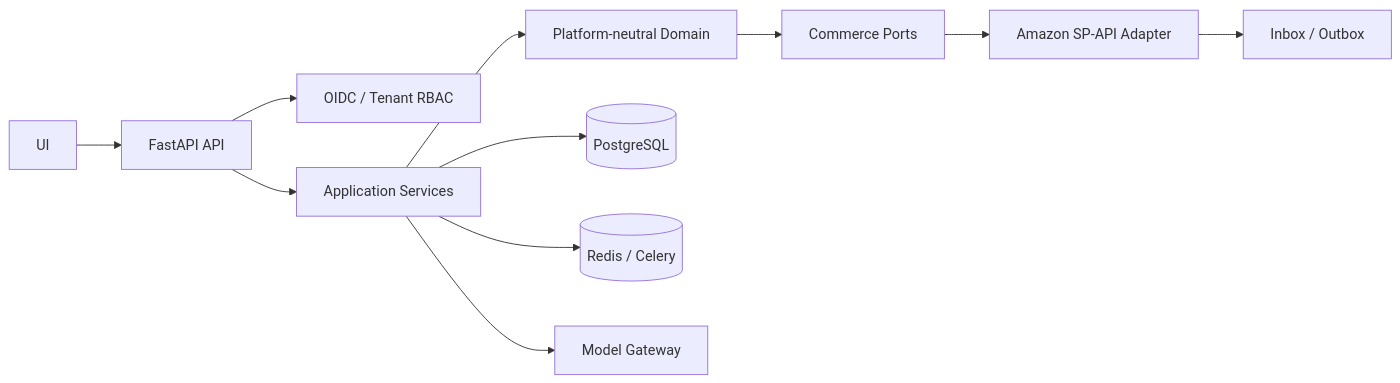
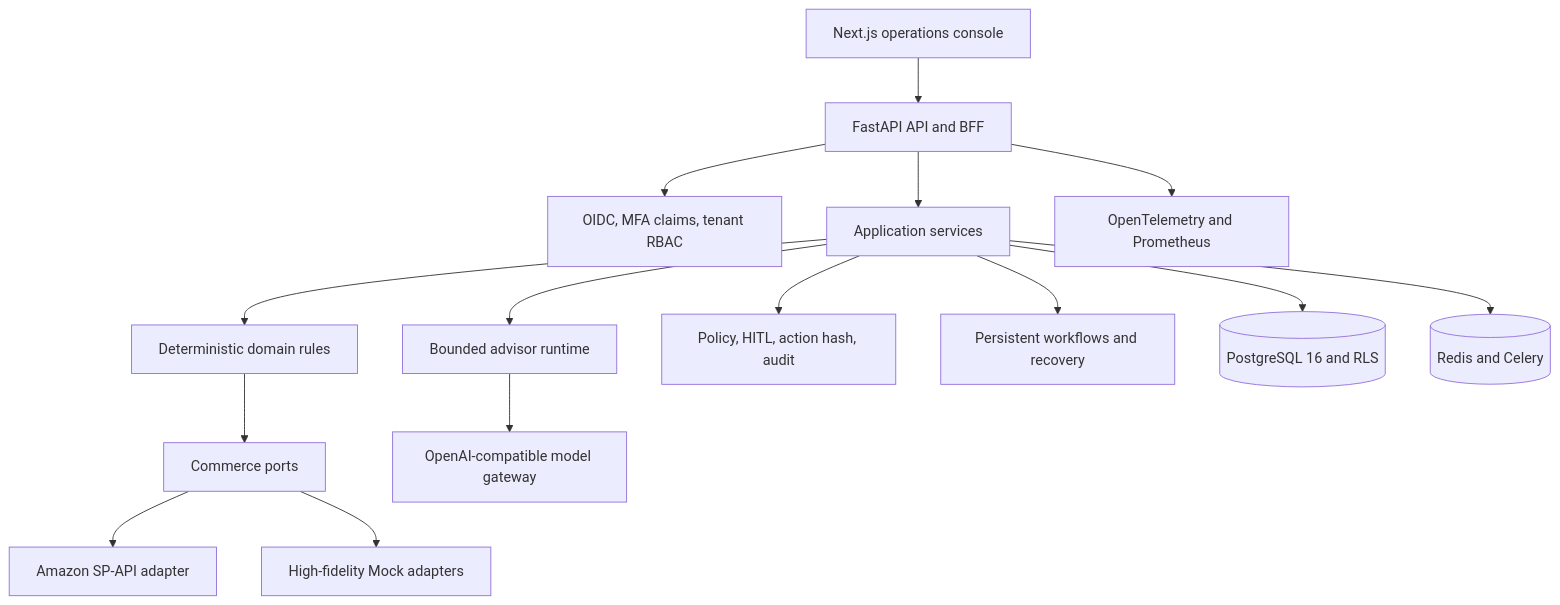
One commit to paulrose4/omnisell-ai-agent changed the second of 2 diagrams in README.md. Above: the diagram before and after it, drawn with Mermaid. The commit also changed other lines of this file and 1 other file, not shown here.

Commit message:
docs(readme): publish current architecture and stack

````diff
--- a/README.md
+++ b/README.md
@@ -19,13 +65,17 @@
 ```mermaid
-flowchart LR
-  UI --> API[FastAPI API]
-  API --> IAM[OIDC / Tenant RBAC]
-  API --> APP[Application Services]
-  APP --> DOMAIN[Platform-neutral Domain]
-  DOMAIN --> PORTS[Commerce Ports]
-  PORTS --> AMAZON[Amazon SP-API Adapter]
-  APP --> PG[(PostgreSQL)]
-  APP --> REDIS[(Redis / Celery)]
-  APP --> MODEL[Model Gateway]
-  AMAZON --> EVENTS[Inbox / Outbox]
+flowchart TB
+    UI[Next.js operations console] --> API[FastAPI API and BFF]
+    API --> IAM[OIDC, MFA claims, tenant RBAC]
+    API --> APP[Application services]
+    APP --> DOMAIN[Deterministic domain rules]
+    APP --> AGENT[Bounded advisor runtime]
+    APP --> SAFETY[Policy, HITL, action hash, audit]
+    APP --> WORKFLOW[Persistent workflows and recovery]
+    DOMAIN --> PORTS[Commerce ports]
+    PORTS --> AMAZON[Amazon SP-API adapter]
+    PORTS --> MOCK[High-fidelity Mock adapters]
+    APP --> PG[(PostgreSQL 16 and RLS)]
+    APP --> REDIS[(Redis and Celery)]
+    AGENT --> MODEL[OpenAI-compatible model gateway]
+    API --> OTEL[OpenTelemetry and Prometheus]
 ```
````
